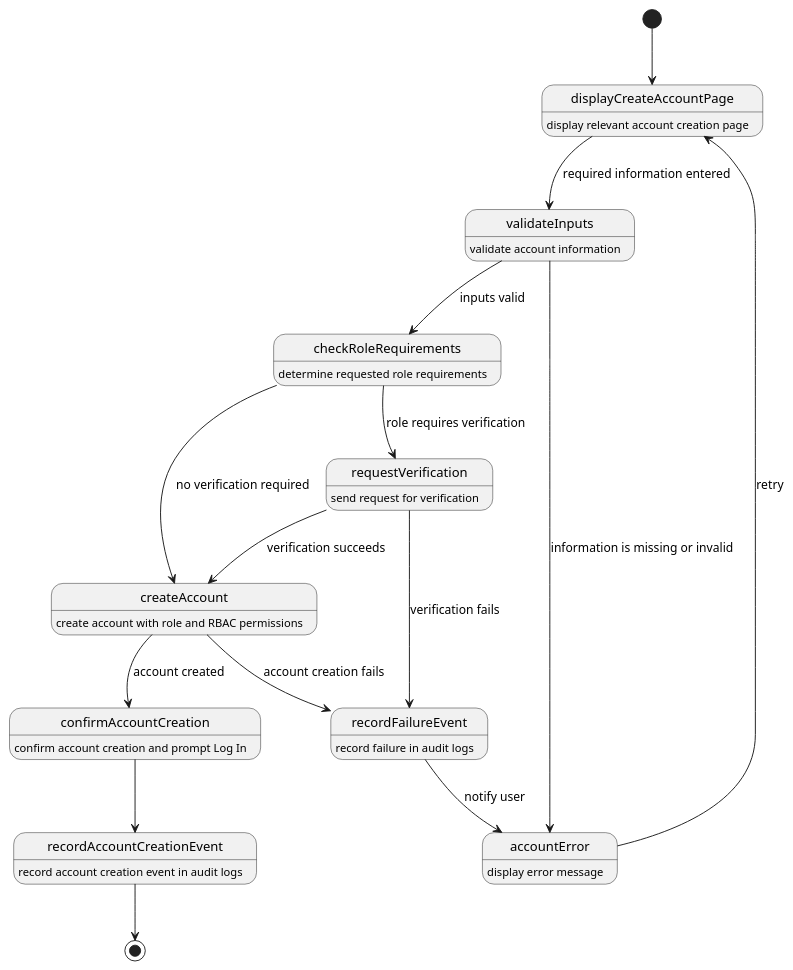
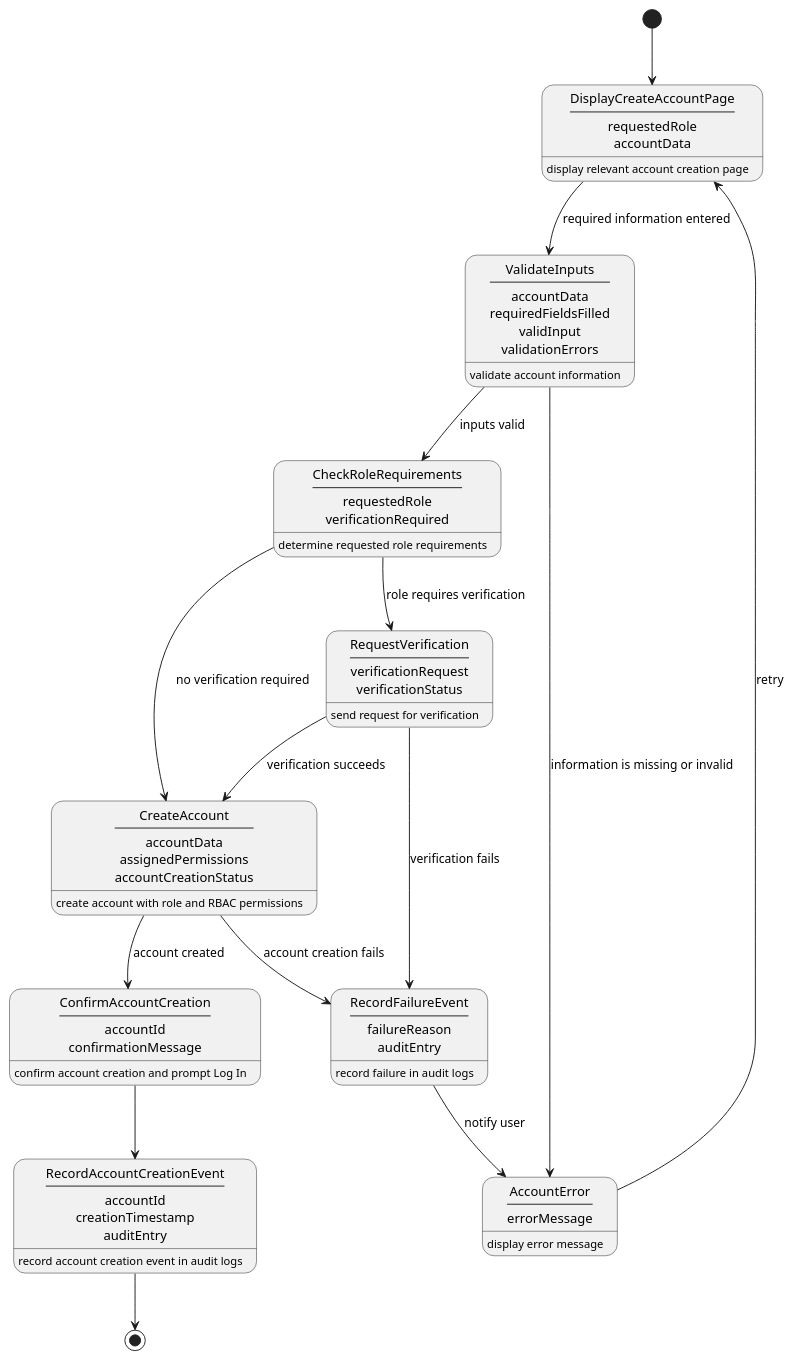
The diagram in docs/diagrams/plantuml/state/BE4_CreateAccount_StateChart.puml (harmanpreet-sagar/sfwreng-3a04-group6-t01-scemas), drawn with PlantUML before and after one commit. The commit also changed 1 other file, not shown here.

Commit message:
Changed state diagrams to reflect classes

```diff
--- a/docs/diagrams/plantuml/state/BE4_CreateAccount_StateChart.puml
+++ b/docs/diagrams/plantuml/state/BE4_CreateAccount_StateChart.puml
@@ -1,37 +1,44 @@
 @startuml BE4_CreateAccount_StateChart
 hide empty description
 
+state "DisplayCreateAccountPage\n----\nrequestedRole\naccountData" as displayCreateAccountPage : display relevant account creation page
+
+state "ValidateInputs\n----\naccountData\nrequiredFieldsFilled\nvalidInput\nvalidationErrors" as validateInputs : validate account information
+
+state "AccountError\n----\nerrorMessage" as accountError : display error message
+
+state "CheckRoleRequirements\n----\nrequestedRole\nverificationRequired" as checkRoleRequirements : determine requested role requirements
+
+state "RequestVerification\n----\nverificationRequest\nverificationStatus" as requestVerification : send request for verification
+
+state "RecordFailureEvent\n----\nfailureReason\nauditEntry" as recordFailureEvent : record failure in audit logs
+
+state "CreateAccount\n----\naccountData\nassignedPermissions\naccountCreationStatus" as createAccount : create account with role and RBAC permissions
+
+state "ConfirmAccountCreation\n----\naccountId\nconfirmationMessage" as confirmAccountCreation : confirm account creation and prompt Log In
+
+state "RecordAccountCreationEvent\n----\naccountId\ncreationTimestamp\nauditEntry" as recordAccountCreationEvent : record account creation event in audit logs
+
 [*] --> displayCreateAccountPage
-displayCreateAccountPage : display relevant account creation page
 
 displayCreateAccountPage --> validateInputs : required information entered
-validateInputs : validate account information
 
 validateInputs --> accountError : information is missing or invalid
-accountError : display error message
 accountError --> displayCreateAccountPage : retry
 
 validateInputs --> checkRoleRequirements : inputs valid
-checkRoleRequirements : determine requested role requirements
 
 checkRoleRequirements --> requestVerification : role requires verification
-requestVerification : send request for verification
-
 requestVerification --> recordFailureEvent : verification fails
-recordFailureEvent : record failure in audit logs
 recordFailureEvent --> accountError : notify user
 
 requestVerification --> createAccount : verification succeeds
 checkRoleRequirements --> createAccount : no verification required
 
-createAccount : create account with role and RBAC permissions
 createAccount --> recordFailureEvent : account creation fails
 createAccount --> confirmAccountCreation : account created
 
-confirmAccountCreation : confirm account creation and prompt Log In
 confirmAccountCreation --> recordAccountCreationEvent
-
-recordAccountCreationEvent : record account creation event in audit logs
 recordAccountCreationEvent --> [*]
 
 @enduml
```
